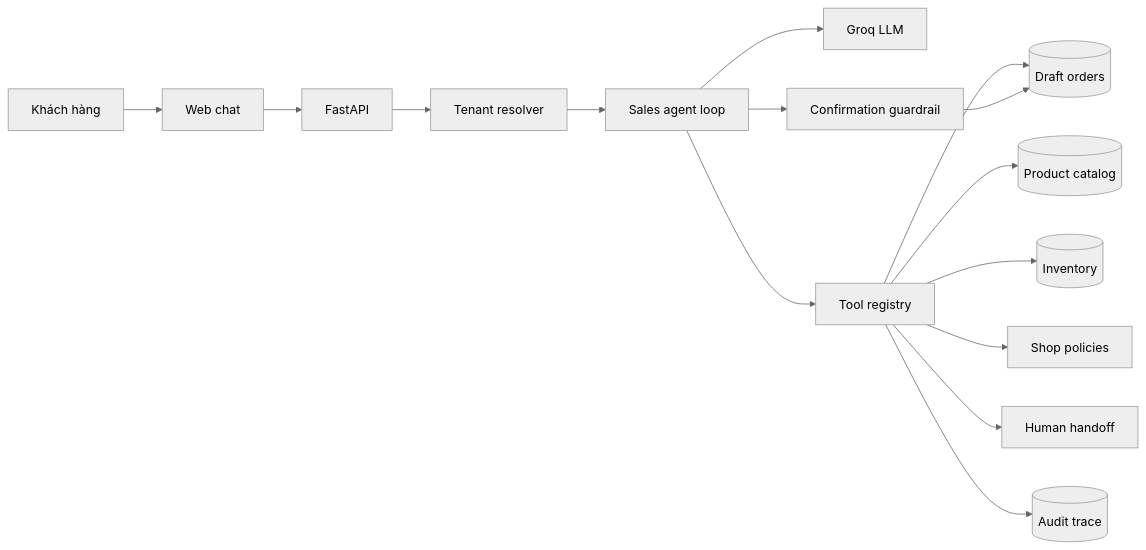
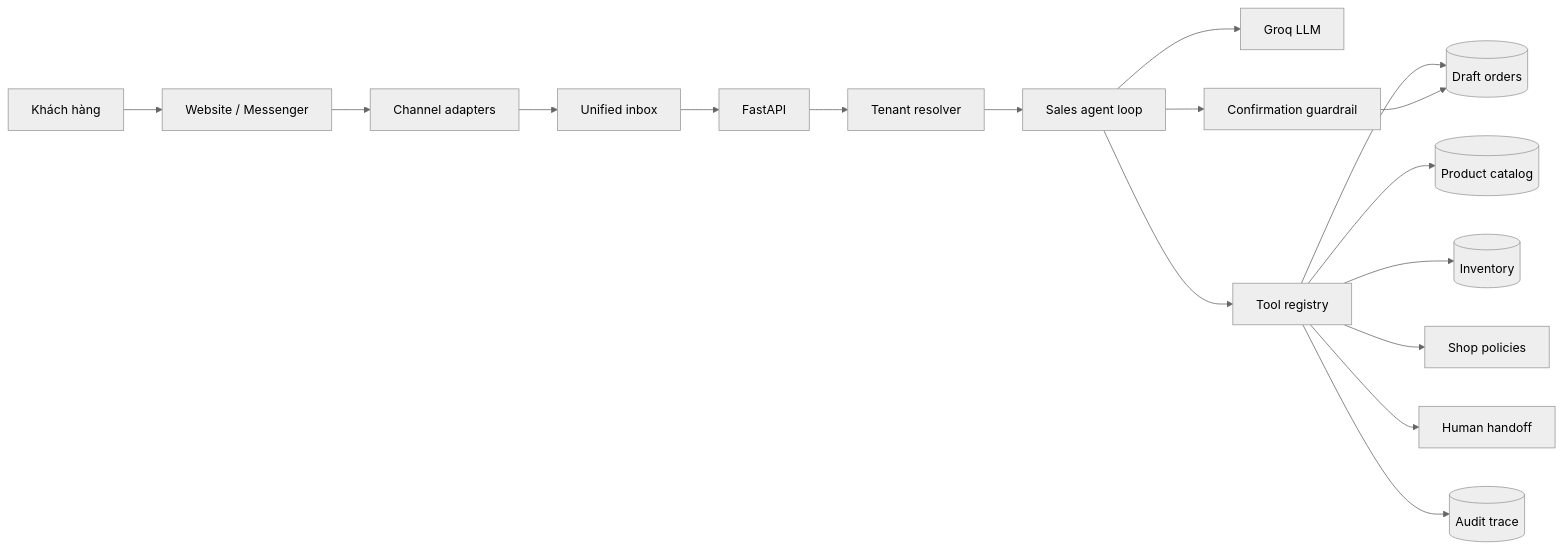
The diagram in docs/ARCHITECTURE.md (nganduong-123/shoppilot-ai), drawn with Mermaid (neutral theme) before and after one commit. The commit also changed other lines of this file and 21 other files, not shown here.

Commit message:
feat: add omnichannel inbox and Meta Messenger adapter

````diff
--- a/docs/ARCHITECTURE.md
+++ b/docs/ARCHITECTURE.md
@@ -5,17 +5,19 @@
 ```mermaid
 flowchart LR
-    U[Khách hàng] --> UI[Web chat]
-    UI --> API[FastAPI]
+    U[Khách hàng] --> C[Website / Messenger]
+    C --> AD[Channel adapters]
+    AD --> IB[Unified inbox]
+    IB --> API[FastAPI]
     API --> TR[Tenant resolver]
     TR --> AG[Sales agent loop]
     AG --> LLM[Groq LLM]
     AG --> GD[Confirmation guardrail]
     AG --> TL[Tool registry]
     TL --> P[(Product catalog)]
     TL --> I[(Inventory)]
     TL --> O[(Draft orders)]
     TL --> K[Shop policies]
     TL --> H[Human handoff]
     TL --> T[(Audit trace)]
     GD --> O
 ```
````
